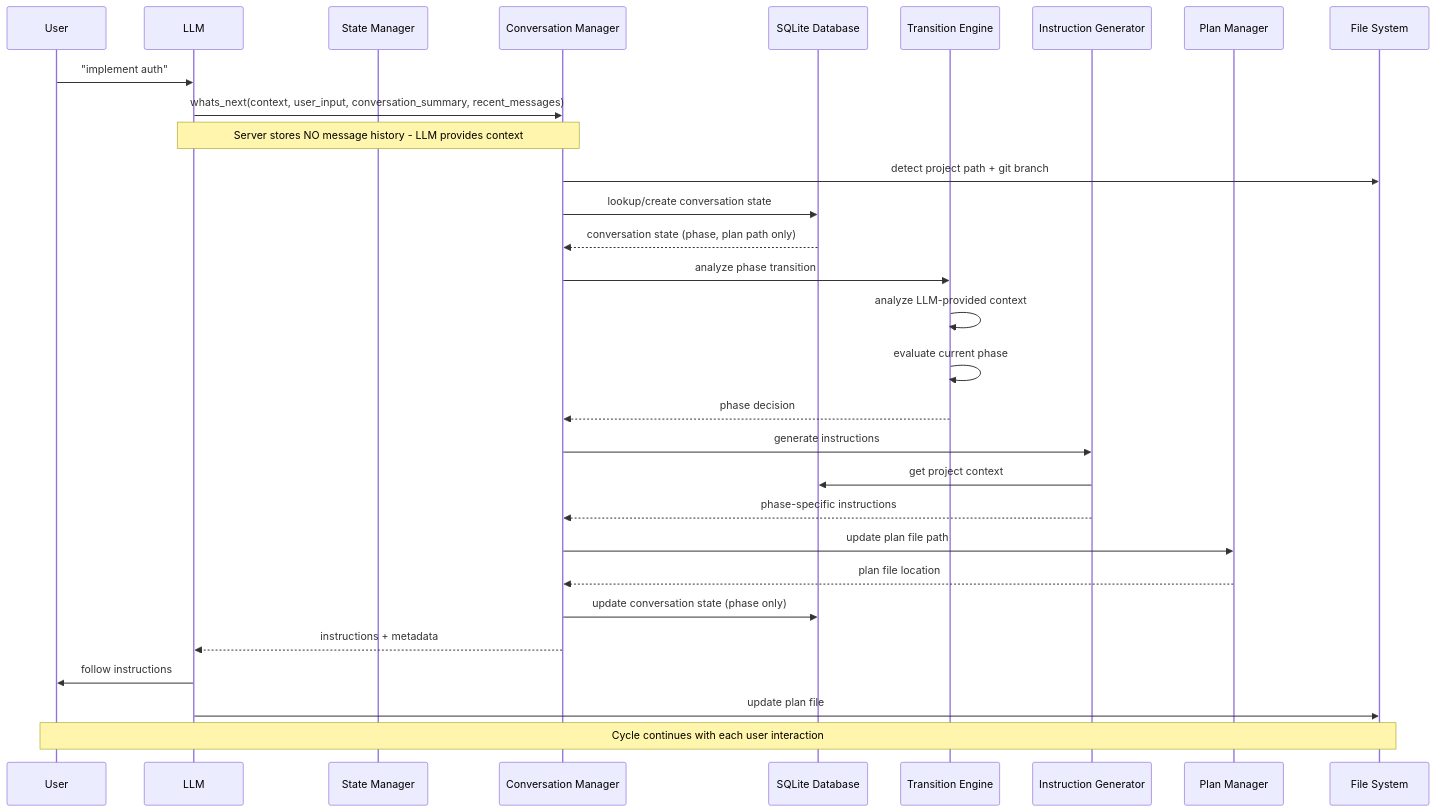
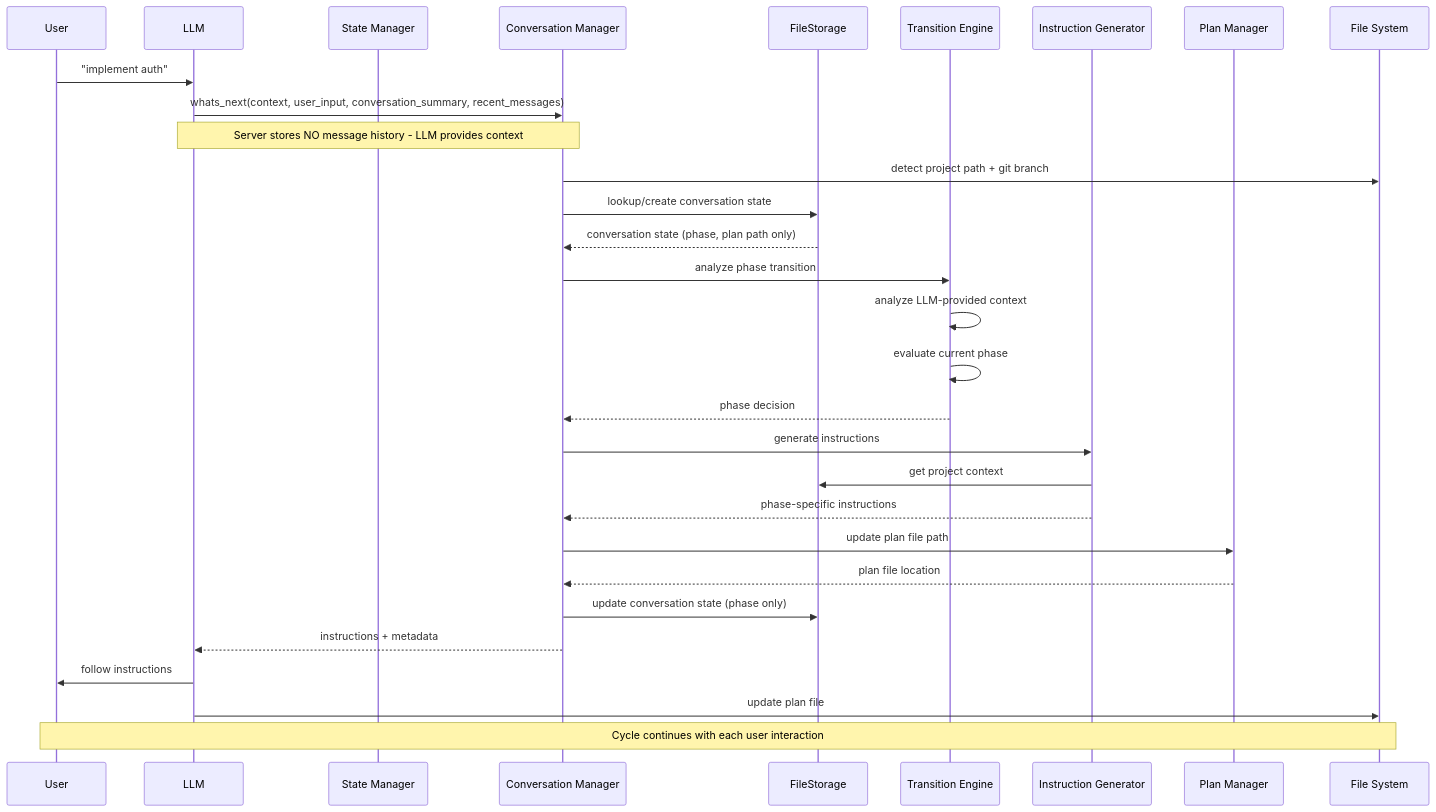
Before and after one commit to mrsimpson/responsible-vibe-mcp: the third of 3 diagrams in packages/docs/dev/ARCHITECTURE.md, drawn with Mermaid. The commit also changed other lines of this file and 17 other files, not shown here.

Commit message:
Replace SQLite persistence with transparent file-based storage for improved debuggability and resilience

````diff
--- a/packages/docs/dev/ARCHITECTURE.md
+++ b/packages/docs/dev/ARCHITECTURE.md
@@ -267,39 +292,39 @@
 ```mermaid
 sequenceDiagram
     participant User as User
     participant LLM as LLM
     participant SM as State Manager
     participant CM as Conversation Manager
-    participant DB as SQLite Database
+    participant FS as FileStorage
     participant TM as Transition Engine
     participant IM as Instruction Generator
     participant PM as Plan Manager
-    participant FS as File System
+    participant Files as File System
 
     User->>LLM: "implement auth"
     LLM->>CM: whats_next(context, user_input, conversation_summary, recent_messages)
     Note over LLM,CM: Server stores NO message history - LLM provides context
-    CM->>FS: detect project path + git branch
-    CM->>DB: lookup/create conversation state
-    DB-->>CM: conversation state (phase, plan path only)
+    CM->>Files: detect project path + git branch
+    CM->>FS: lookup/create conversation state
+    FS-->>CM: conversation state (phase, plan path only)
 
     CM->>TM: analyze phase transition
     TM->>TM: analyze LLM-provided context
     TM->>TM: evaluate current phase
     TM-->>CM: phase decision
 
     CM->>IM: generate instructions
-    IM->>DB: get project context
+    IM->>FS: get project context
     IM-->>CM: phase-specific instructions
 
     CM->>PM: update plan file path
     PM-->>CM: plan file location
 
-    CM->>DB: update conversation state (phase only)
+    CM->>FS: update conversation state (phase only)
     CM-->>LLM: instructions + metadata
 
     LLM->>User: follow instructions
-    LLM->>FS: update plan file
+    LLM->>Files: update plan file
 
-    Note over User,FS: Cycle continues with each user interaction
+    Note over User,Files: Cycle continues with each user interaction
 ```
````
